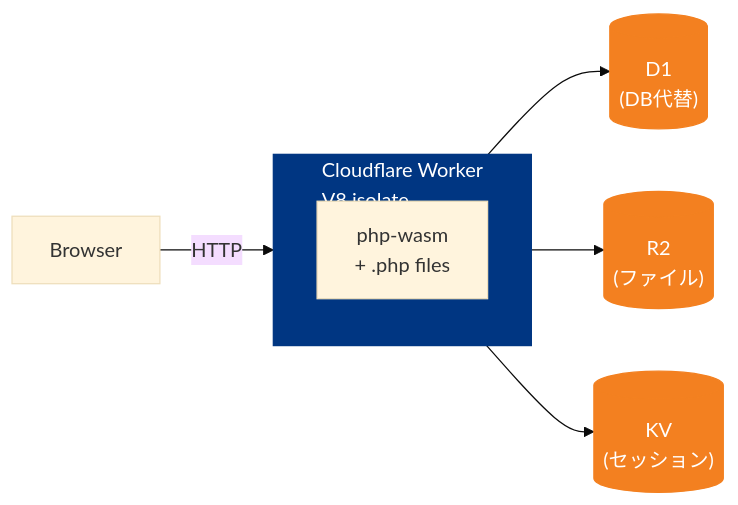
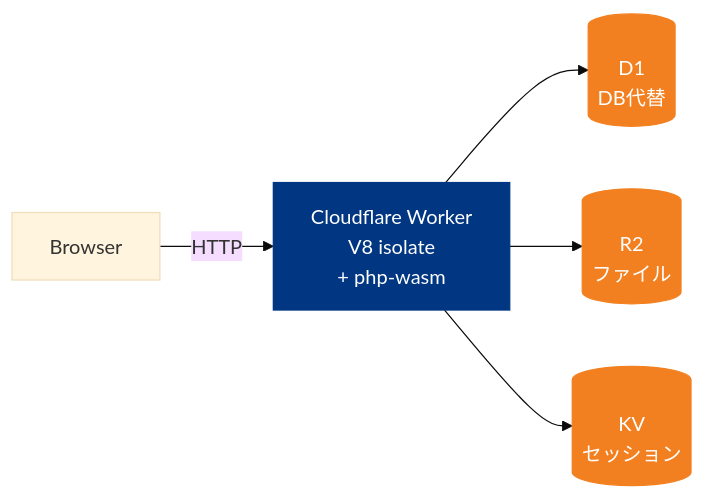
The diagram in slides/diagrams/wasm-arch.mmd (SuguruOoki/cloudflare-php-demo), drawn with Mermaid (base theme) before and after one commit. The commit also changed 10 other files, not shown here.

First line of the commit message:
fix(slides): diagrams overflow - switch all to horizontal LR and size by height

```diff
--- a/slides/diagrams/wasm-arch.mmd
+++ b/slides/diagrams/wasm-arch.mmd
@@ -1,13 +1,10 @@
 flowchart LR
-    B[Browser] -->|HTTP| W
-    subgraph W[Cloudflare Worker<br/>V8 isolate]
-        P[php-wasm<br/>+ .php files]
-    end
-    W --> D1[("D1<br/>(DB代替)")]
-    W --> R2[("R2<br/>(ファイル)")]
-    W --> KV[("KV<br/>(セッション)")]
+    B[Browser] -->|HTTP| W["Cloudflare Worker<br/>V8 isolate<br/>+ php-wasm"]
+    W --> D1[("D1<br/>DB代替")]
+    W --> R2[("R2<br/>ファイル")]
+    W --> KV[("KV<br/>セッション")]
 
     classDef edge fill:#003682,stroke:#003682,color:#fff
     classDef store fill:#F38020,stroke:#F38020,color:#fff
     class W edge
     class D1,R2,KV store
```
